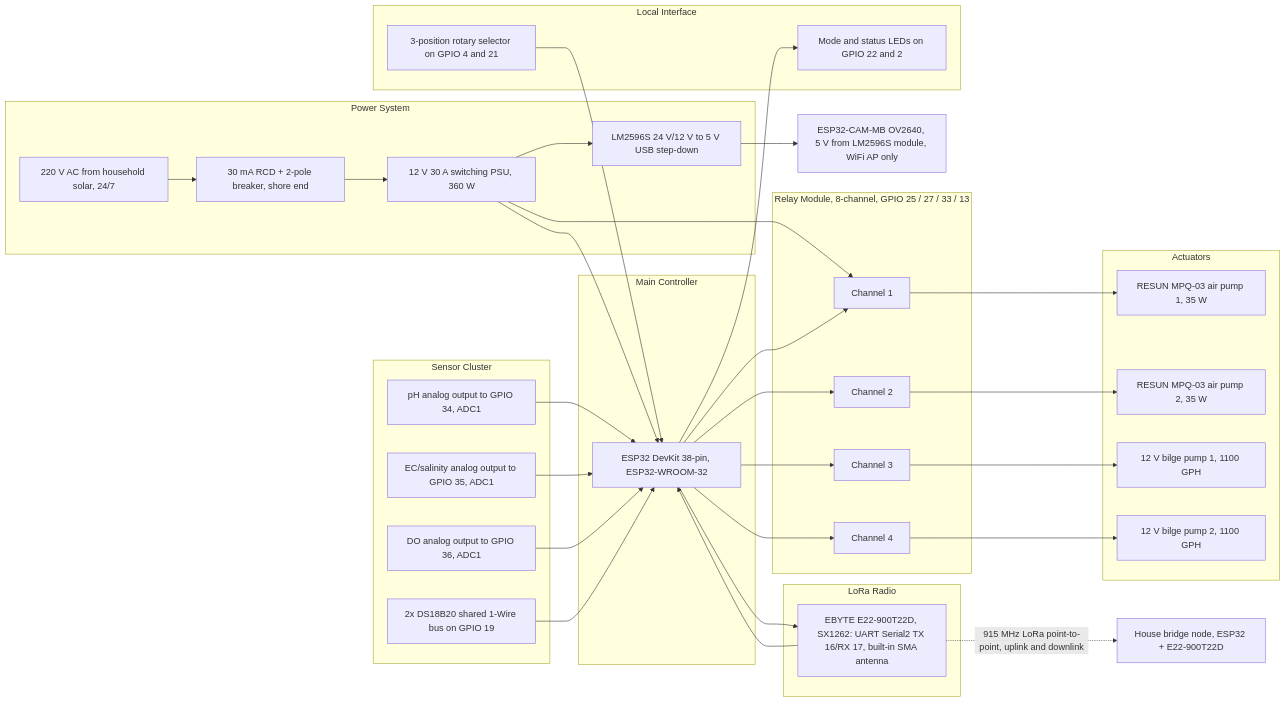
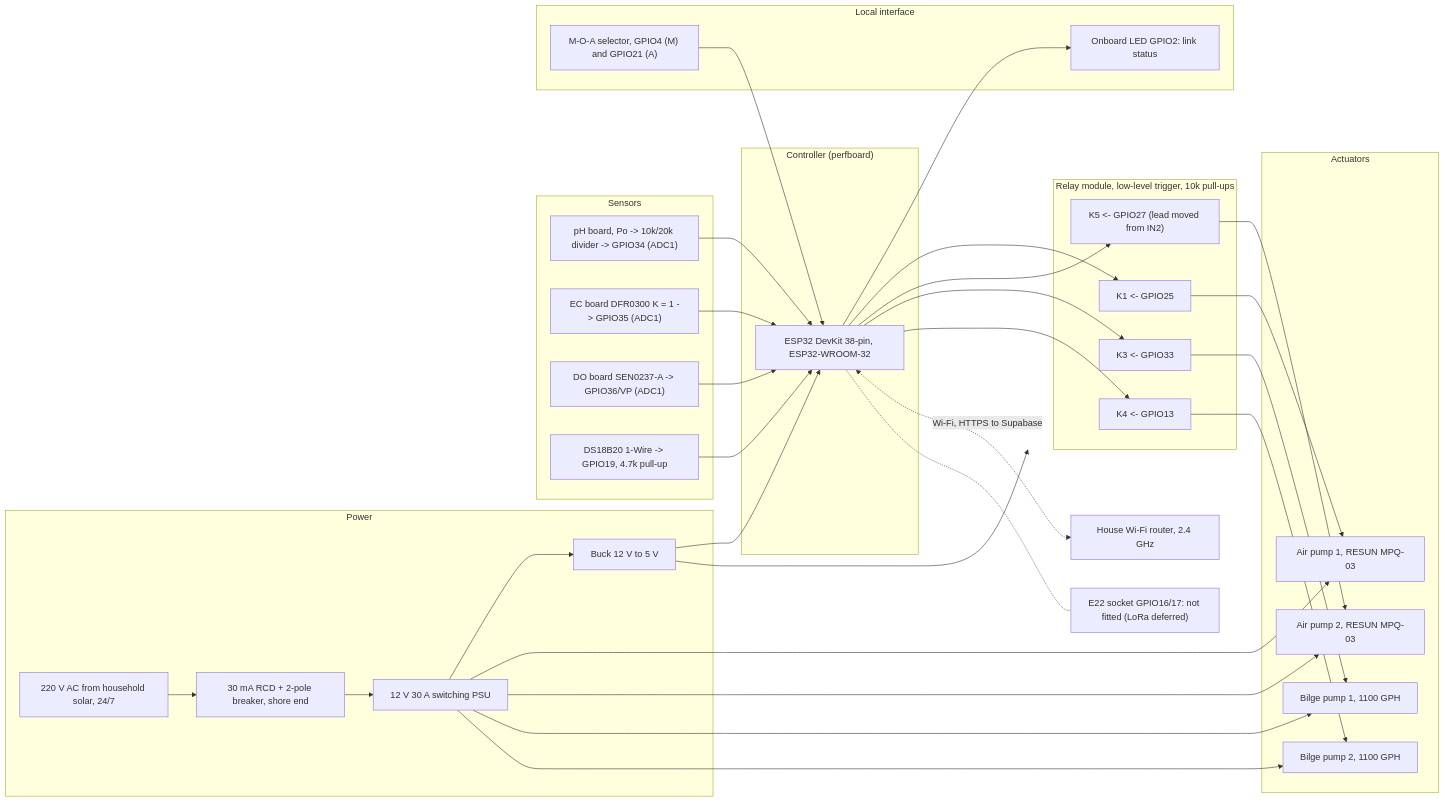
Before and after one commit to MJDemotica/SALIMANGO: the diagram in docs/BLOCK-DIAGRAM.md, drawn with Mermaid. The commit also changed other lines of this file and 18 other files, not shown here.

````diff
--- a/docs/BLOCK-DIAGRAM.md
+++ b/docs/BLOCK-DIAGRAM.md
@@ -9,66 +10,64 @@
 ```mermaid
 flowchart LR
-    subgraph PWR["Power System"]
+    subgraph PWR["Power"]
         AC["220 V AC from household solar, 24/7"] --> RCD["30 mA RCD + 2-pole breaker, shore end"]
-        RCD --> PSU["12 V 30 A switching PSU, 360 W"]
-        PSU --> BUCK["LM2596S 24 V/12 V to 5 V USB step-down"]
+        RCD --> PSU["12 V 30 A switching PSU"]
+        PSU --> BUCK["Buck 12 V to 5 V"]
     end
 
-    subgraph CTRL["Main Controller"]
+    subgraph CTRL["Controller (perfboard)"]
         CORE["ESP32 DevKit 38-pin, ESP32-WROOM-32"]
     end
 
-    subgraph SEN["Sensor Cluster"]
-        S1["pH analog output to GPIO 34, ADC1"]
-        S2["EC/salinity analog output to GPIO 35, ADC1"]
-        S3["DO analog output to GPIO 36, ADC1"]
-        S4["2x DS18B20 shared 1-Wire bus on GPIO 19"]
+    subgraph SEN["Sensors"]
+        S1["pH board, Po -> 10k/20k divider -> GPIO34 (ADC1)"]
+        S2["EC board DFR0300 K = 1 -> GPIO35 (ADC1)"]
+        S3["DO board SEN0237-A -> GPIO36/VP (ADC1)"]
+        S4["DS18B20 1-Wire -> GPIO19, 4.7k pull-up"]
     end
 
-    subgraph RAD["LoRa Radio"]
-        R1["EBYTE E22-900T22D, SX1262: UART Serial2 TX 16/RX 17, built-in SMA antenna"]
-    end
-
-    subgraph RLY["Relay Module, 8-channel, GPIO 25 / 27 / 33 / 13"]
-        K1["Channel 1"]
-        K2["Channel 2"]
-        K3["Channel 3"]
-        K4["Channel 4"]
+    subgraph RLY["Relay module, low-level trigger, 10k pull-ups"]
+        K1["K1 <- GPIO25"]
+        K5["K5 <- GPIO27 (lead moved from IN2)"]
+        K3["K3 <- GPIO33"]
+        K4["K4 <- GPIO13"]
     end
 
     subgraph ACT["Actuators"]
-        P1["RESUN MPQ-03 air pump 1, 35 W"]
-        P2["RESUN MPQ-03 air pump 2, 35 W"]
-        P3["12 V bilge pump 1, 1100 GPH"]
-        P4["12 V bilge pump 2, 1100 GPH"]
+        P1["Air pump 1, RESUN MPQ-03"]
+        P2["Air pump 2, RESUN MPQ-03"]
+        P3["Bilge pump 1, 1100 GPH"]
+        P4["Bilge pump 2, 1100 GPH"]
     end
 
-    subgraph LOC["Local Interface"]
-        H1["3-position rotary selector on GPIO 4 and 21"]
-        H2["Mode and status LEDs on GPIO 22 and 2"]
+    subgraph LOC["Local interface"]
+        H1["M-O-A selector, GPIO4 (M) and GPIO21 (A)"]
+        H2["Onboard LED GPIO2: link status"]
     end
 
-    BR["House bridge node, ESP32 + E22-900T22D"]
-    V1["ESP32-CAM-MB OV2640, 5 V from LM2596S module, WiFi AP only"]
+    WIFI["House Wi-Fi router, 2.4 GHz"]
+    E22["E22 socket GPIO16/17: not fitted (LoRa deferred)"]
 
-    PSU --> CORE
-    PSU --> K1
-    BUCK --> V1
+    PSU --> P1
+    PSU --> P2
+    PSU --> P3
+    PSU --> P4
+    BUCK --> CORE
+    BUCK --> RLY
     S1 --> CORE
     S2 --> CORE
     S3 --> CORE
     S4 --> CORE
-    CORE --> R1
-    R1 --> CORE
-    R1 -. 915 MHz LoRa point-to-point, uplink and downlink .-> BR
+    H1 --> CORE
+    CORE --> H2
     CORE --> K1
-    CORE --> K2
+    CORE --> K5
     CORE --> K3
     CORE --> K4
     K1 --> P1
-    K2 --> P2
+    K5 --> P2
     K3 --> P3
     K4 --> P4
-    H1 --> CORE
-    CORE --> H2
+    CORE <-. "Wi-Fi, HTTPS to Supabase" .-> WIFI
+    CORE -.- E22
 ```
````
